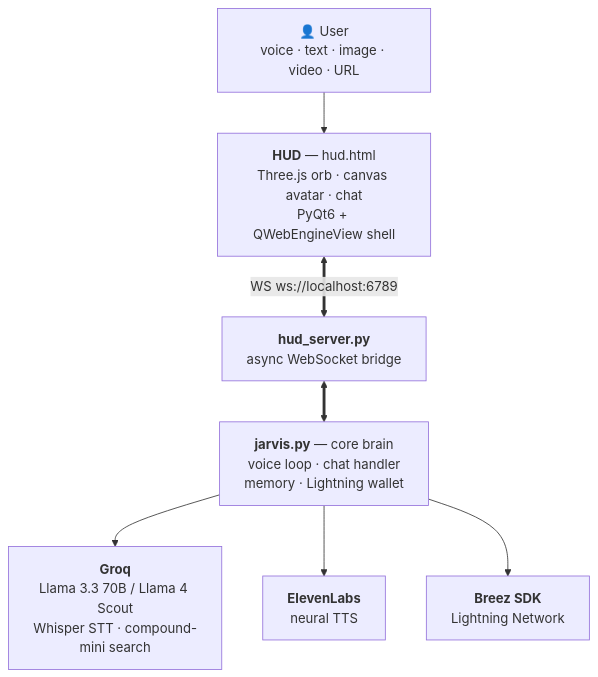
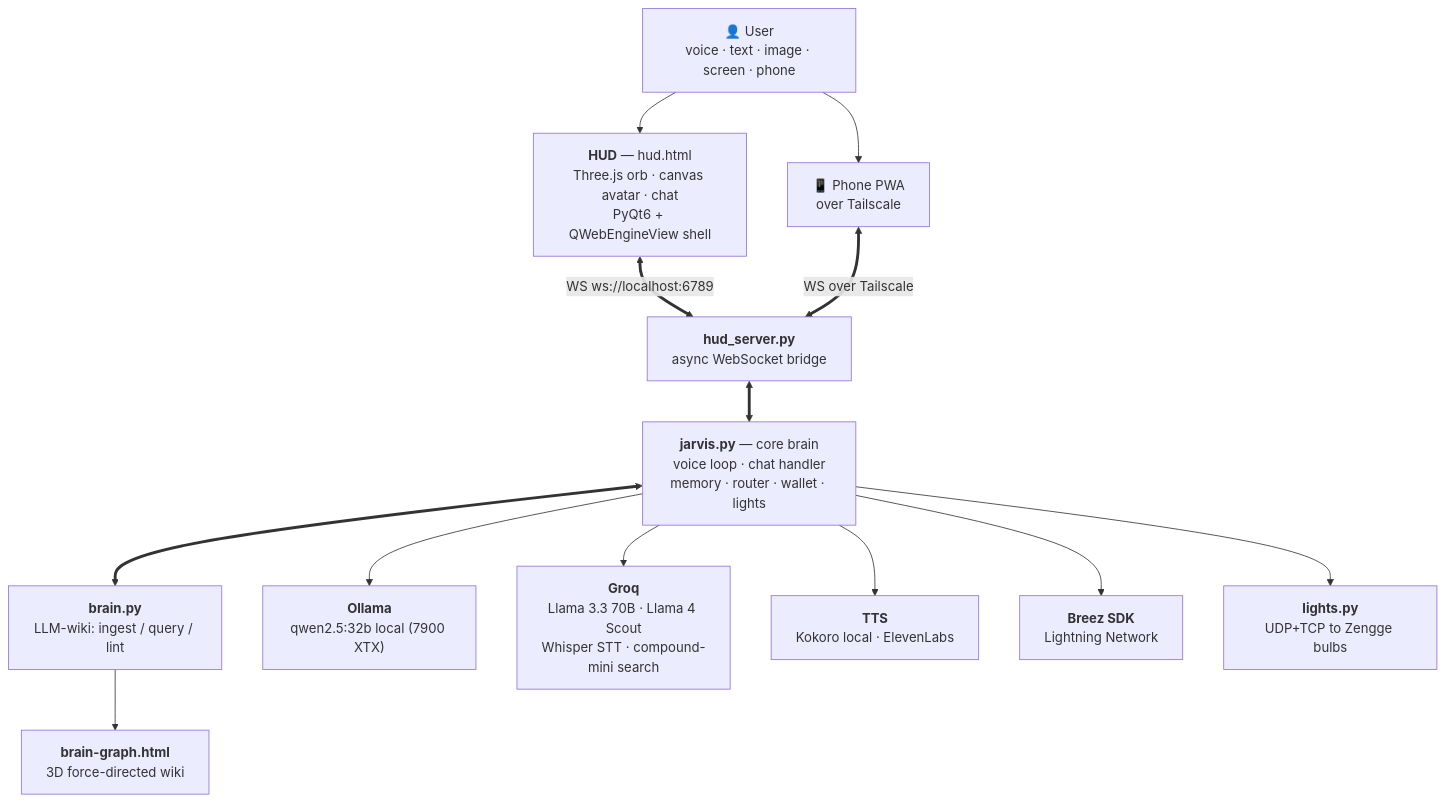
One commit to contact-edwayne/Chloe changed the diagram in README.md. Above: the diagram before and after it, drawn with Mermaid. The commit also changed other lines of this file and 16 other files, not shown here.

First line of the commit message:
Major update: brain wiki, 3D graph, vision, mobile PWA, smart lights, hybrid LLM routing

````diff
--- a/README.md
+++ b/README.md
@@ -75,17 +129,28 @@
 ```mermaid
 flowchart TD
-    User["👤 User<br>voice · text · image · video · URL"]
+    User["👤 User<br>voice · text · image · screen · phone"]
     HUD["<b>HUD</b> — hud.html<br>Three.js orb · canvas avatar · chat<br>PyQt6 + QWebEngineView shell"]
+    Phone["📱 Phone PWA<br>over Tailscale"]
     Bridge["<b>hud_server.py</b><br>async WebSocket bridge"]
-    Core["<b>jarvis.py</b> — core brain<br>voice loop · chat handler<br>memory · Lightning wallet"]
-    Groq["<b>Groq</b><br>Llama 3.3 70B / Llama 4 Scout<br>Whisper STT · compound-mini search"]
-    Eleven["<b>ElevenLabs</b><br>neural TTS"]
+    Core["<b>jarvis.py</b> — core brain<br>voice loop · chat handler<br>memory · router · wallet · lights"]
+    Brain["<b>brain.py</b><br>LLM-wiki: ingest / query / lint"]
+    Ollama["<b>Ollama</b><br>qwen2.5:32b local (7900 XTX)"]
+    Groq["<b>Groq</b><br>Llama 3.3 70B · Llama 4 Scout<br>Whisper STT · compound-mini search"]
+    TTS["<b>TTS</b><br>Kokoro local · ElevenLabs"]
     Breez["<b>Breez SDK</b><br>Lightning Network"]
+    Lights["<b>lights.py</b><br>UDP+TCP to Zengge bulbs"]
+    Graph["<b>brain-graph.html</b><br>3D force-directed wiki"]
 
     User --> HUD
+    User --> Phone
     HUD <==>|"WS ws://localhost:6789"| Bridge
+    Phone <==>|"WS over Tailscale"| Bridge
     Bridge <==> Core
+    Core <==> Brain
+    Core --> Ollama
     Core --> Groq
-    Core --> Eleven
+    Core --> TTS
     Core --> Breez
+    Core --> Lights
+    Brain --> Graph
 ```
````
